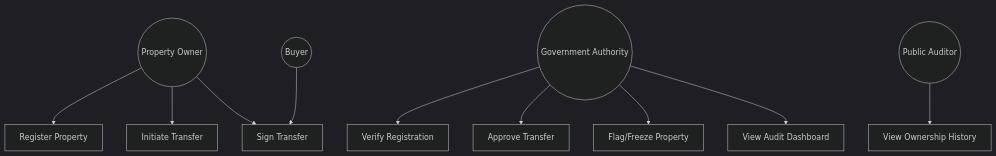
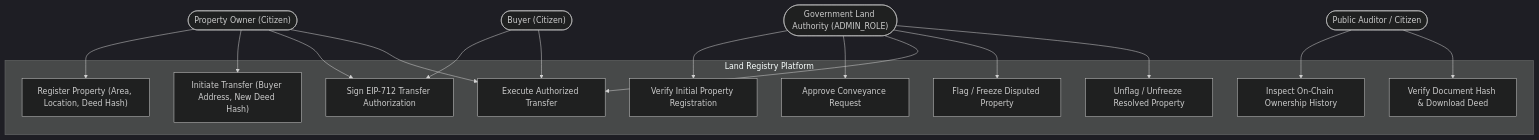
One commit to lakshay909/Land-registry changed the first of 4 diagrams in Docs/03-uml-diagrams.md. Above: the diagram before and after it, drawn with Mermaid (dark theme). The commit also changed other lines of this file and 21 other files, not shown here.

````diff
--- a/Docs/03-uml-diagrams.md
+++ b/Docs/03-uml-diagrams.md
@@ -7,17 +9,37 @@
 ```mermaid
 graph TD
-    Owner((Property Owner))
-    Buyer((Buyer))
-    Authority((Government Authority))
-    Auditor((Public Auditor))
+    Owner(["Property Owner (Citizen)"])
+    Buyer(["Buyer (Citizen)"])
+    Authority(["Government Land Authority (ADMIN_ROLE)"])
+    Auditor(["Public Auditor / Citizen"])
 
-    Owner --> UC1[Register Property]
-    Owner --> UC2[Initiate Transfer]
-    Owner --> UC3[Sign Transfer]
+    subgraph "Land Registry Platform"
+        UC1["Register Property (Area, Location, Deed Hash)"]
+        UC2["Initiate Transfer (Buyer Address, New Deed Hash)"]
+        UC3["Sign EIP-712 Transfer Authorization"]
+        UC4["Verify Initial Property Registration"]
+        UC5["Approve Conveyance Request"]
+        UC6["Execute Authorized Transfer"]
+        UC7["Flag / Freeze Disputed Property"]
+        UC8["Unflag / Unfreeze Resolved Property"]
+        UC9["Inspect On-Chain Ownership History"]
+        UC10["Verify Document Hash & Download Deed"]
+    end
+
+    Owner --> UC1
+    Owner --> UC2
+    Owner --> UC3
     Buyer --> UC3
-    Authority --> UC4[Verify Registration]
-    Authority --> UC5[Approve Transfer]
-    Authority --> UC6[Flag/Freeze Property]
-    Authority --> UC7[View Audit Dashboard]
-    Auditor --> UC8[View Ownership History]
+    
+    Authority --> UC4
+    Authority --> UC5
+    Authority --> UC6
+    Authority --> UC7
+    Authority --> UC8
+    
+    Buyer --> UC6
+    Owner --> UC6
+    
+    Auditor --> UC9
+    Auditor --> UC10
 ```
````
